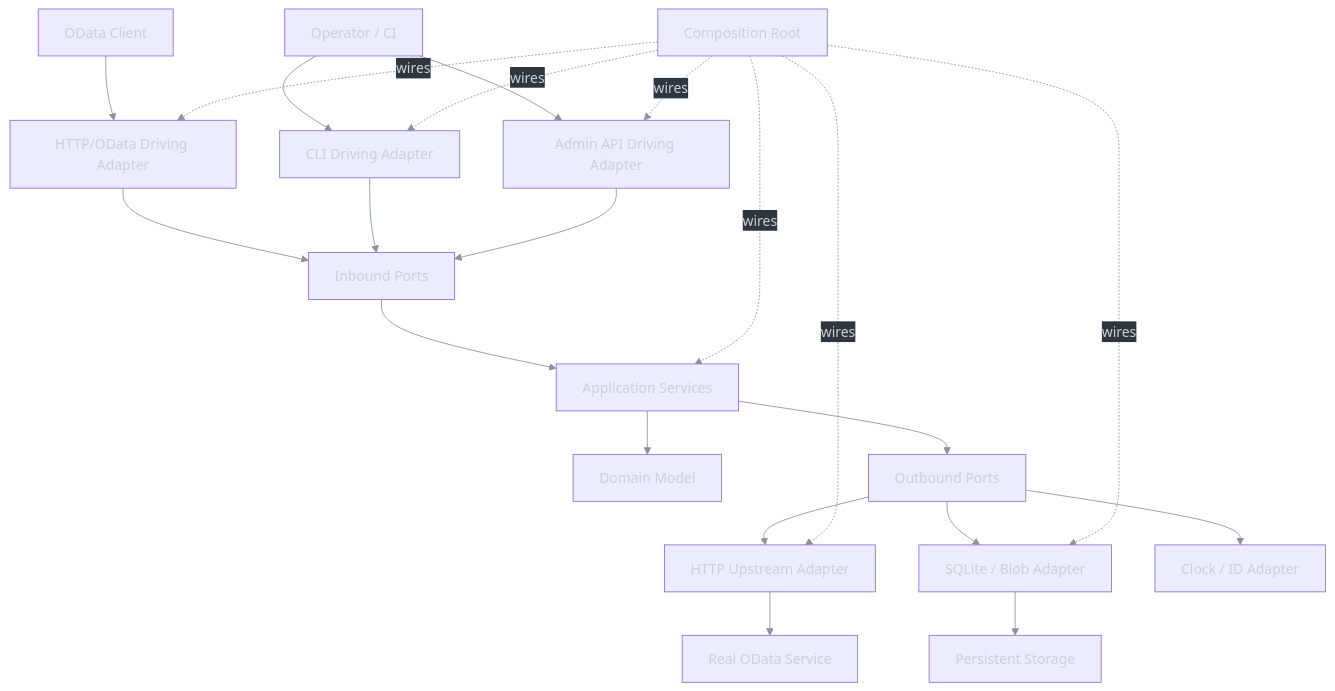
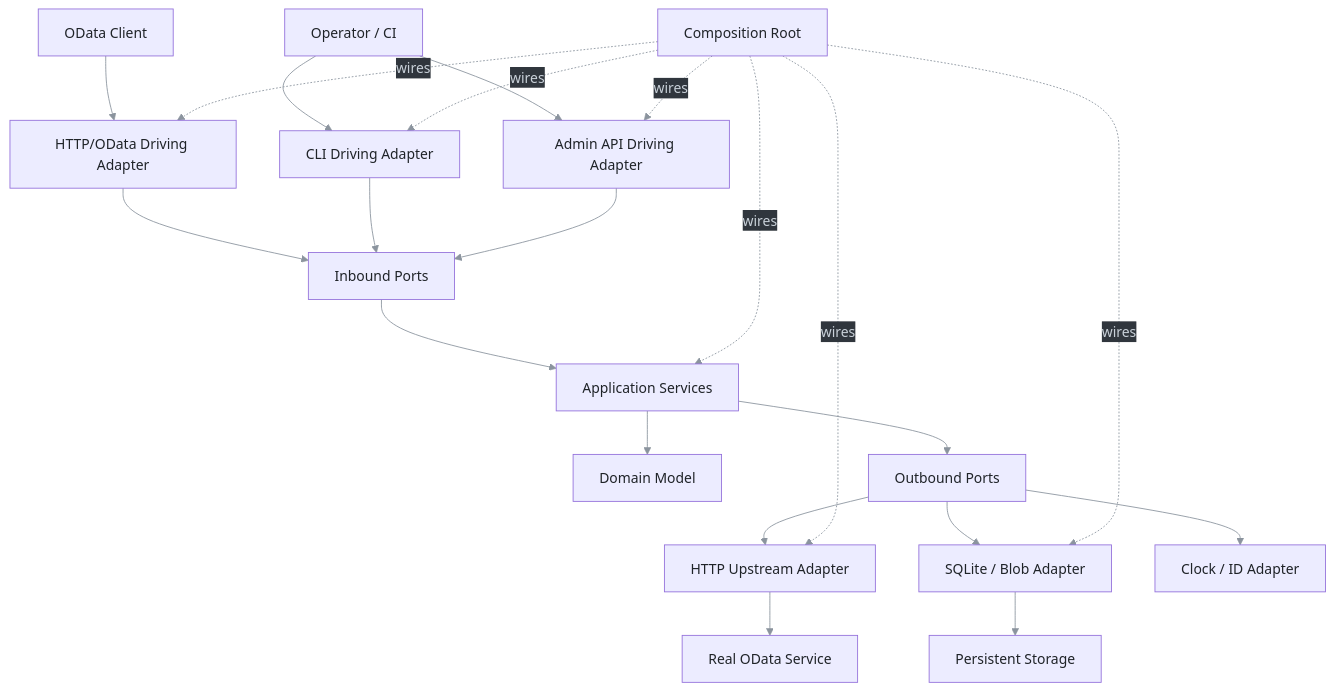
Before and after one commit to pt9912/odata-recorder: the first of 10 diagrams in spec/architecture.md, drawn with Mermaid.

Commit message:
Architektur: Boxtext im Komponentendiagramm per classDef dunkel (LH-FA-04)

````diff
--- a/spec/architecture.md
+++ b/spec/architecture.md
@@ -24,24 +24,26 @@
 ```mermaid
 %%{init: {'themeVariables': {'lineColor': '#8b949e', 'signalColor': '#8b949e', 'signalTextColor': '#8b949e', 'actorLineColor': '#8b949e', 'loopTextColor': '#8b949e', 'textColor': '#c9d1d9', 'primaryTextColor': '#1f2328', 'nodeTextColor': '#1f2328', 'actorTextColor': '#1f2328', 'noteTextColor': '#1f2328', 'edgeLabelBackground': '#30363d'}}}%%
 flowchart TB
   Client[OData Client] --> HTTP[HTTP/OData Driving Adapter]
   Operator[Operator / CI] --> CLI[CLI Driving Adapter]
   Operator --> Admin[Admin API Driving Adapter]
   HTTP --> In[Inbound Ports]
   CLI --> In
   Admin --> In
   In --> Svc[Application Services]
   Svc --> Domain[Domain Model]
   Svc --> Out[Outbound Ports]
   Out --> Upstream[HTTP Upstream Adapter]
   Out --> Store[SQLite / Blob Adapter]
   Out --> Clock[Clock / ID Adapter]
   Upstream --> Remote[Real OData Service]
   Store --> Disk[Persistent Storage]
   Boot[Composition Root] -. wires .-> HTTP
   Boot -. wires .-> CLI
   Boot -. wires .-> Admin
   Boot -. wires .-> Svc
   Boot -. wires .-> Upstream
   Boot -. wires .-> Store
+  classDef box color:#1f2328
+  class Client,HTTP,Operator,CLI,Admin,In,Svc,Domain,Out,Upstream,Store,Clock,Remote,Disk,Boot box
 ```
````
